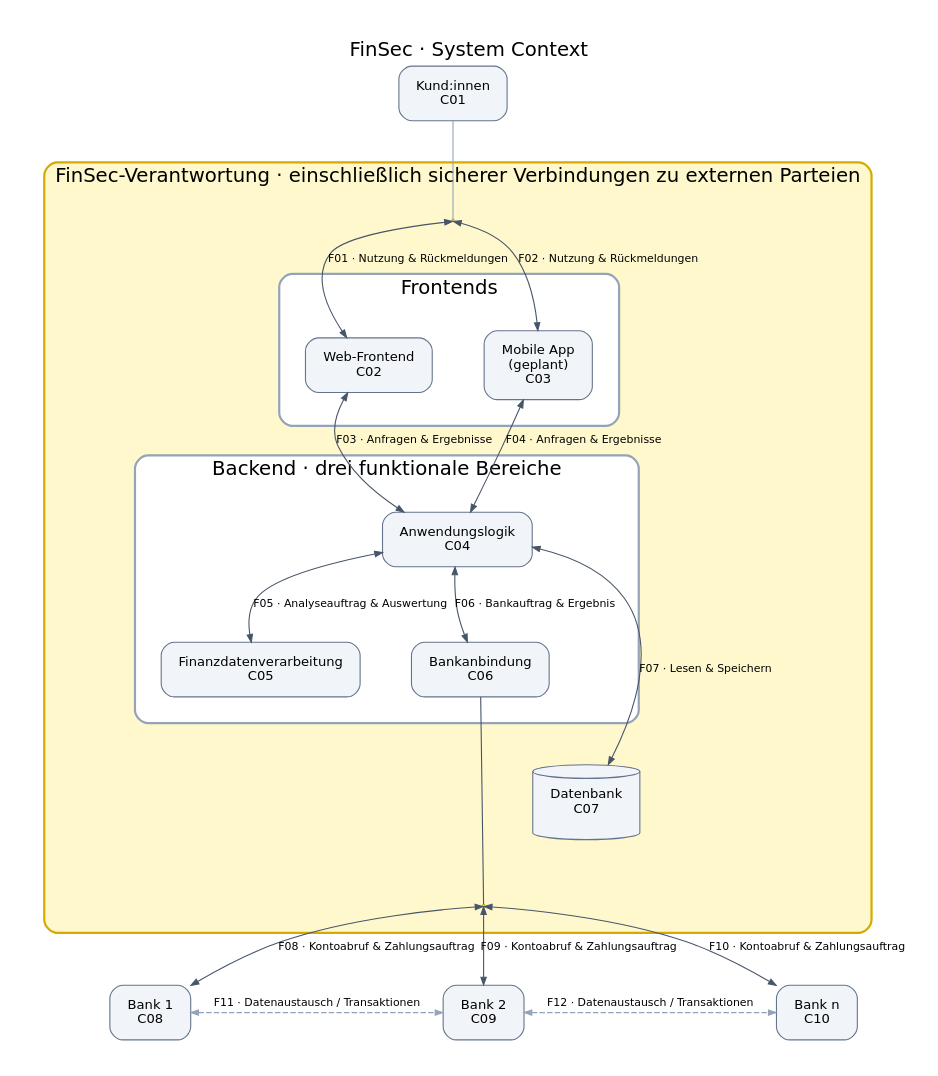
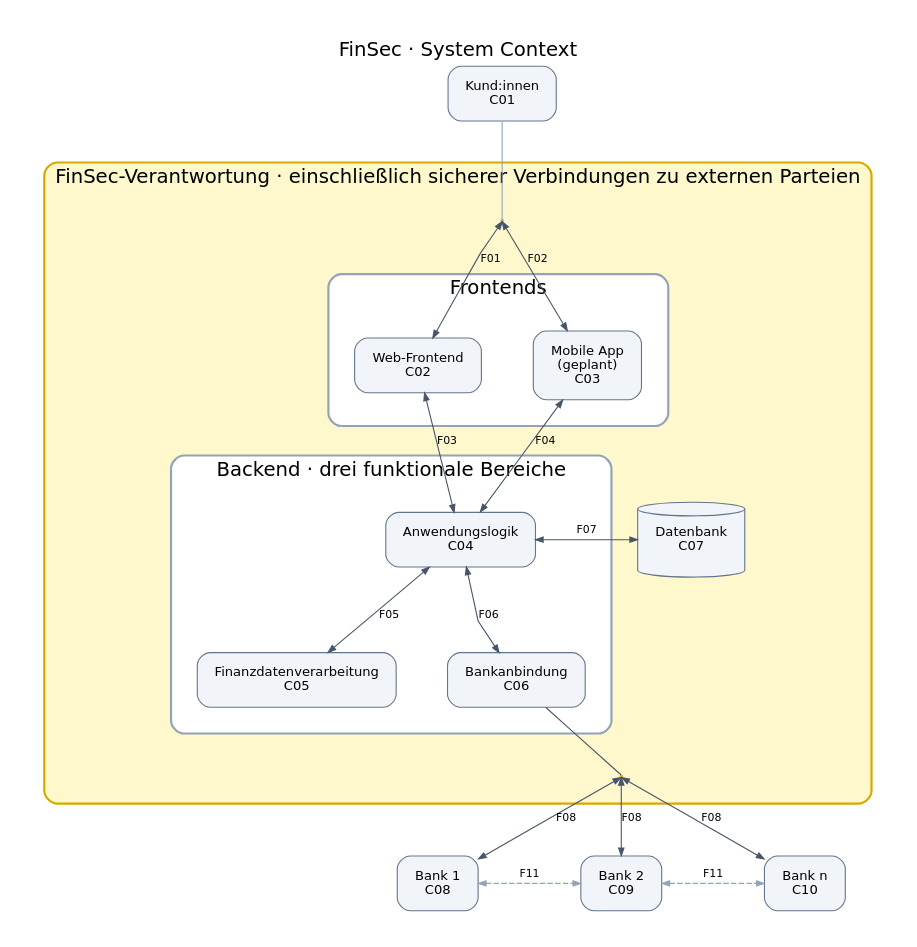
The diagram in finsec.dot (niklas9234/sichso_work), drawn with Graphviz before and after one commit. The commit also changed 5 other files, not shown here.

Commit message:
Simplify diagram flows and add linked Markdown component tables

```diff
--- a/finsec.dot
+++ b/finsec.dot
@@ -1,38 +1,38 @@
 digraph FinSec {
-graph [rankdir=TB, bgcolor="white", fontname="DejaVu Sans", fontsize=18, pad=0.35, nodesep=0.65, ranksep=0.8, compound=true, label="FinSec · System Context", labelloc=t];
+graph [rankdir=TB, newrank=true, splines=polyline, bgcolor="white", fontname="DejaVu Sans", fontsize=18, pad=0.35, nodesep=0.65, ranksep=0.8, compound=true, label="FinSec · System Context", labelloc=t];
 node [shape=box, style="rounded,filled", fillcolor="#f1f5f9", color="#64748b", fontname="DejaVu Sans", fontsize=12, margin="0.22,0.16", target="_top"];
 edge [dir=both, color="#475569", fontname="DejaVu Sans", fontsize=10, arrowsize=0.7, target="_top"];
-C01 [id="C01", label="Kund:innen\nC01", URL="System%20Context.html#description-C01", tooltip="Kund:innen – Beschreibung"];
-C02 [id="C02", label="Web-Frontend\nC02", URL="System%20Context.html#description-C02", tooltip="Web-Frontend – Beschreibung"];
-C03 [id="C03", label="Mobile App\n(geplant)\nC03", URL="System%20Context.html#description-C03", tooltip="Mobile App (geplant) – Beschreibung"];
-C04 [id="C04", label="Anwendungslogik\nC04", URL="System%20Context.html#description-C04", tooltip="Anwendungslogik – Beschreibung"];
-C05 [id="C05", label="Finanzdatenverarbeitung\nC05", URL="System%20Context.html#description-C05", tooltip="Finanzdatenverarbeitung – Beschreibung"];
-C06 [id="C06", label="Bankanbindung\nC06", URL="System%20Context.html#description-C06", tooltip="Bankanbindung – Beschreibung"];
-C07 [id="C07", label="Datenbank\nC07", URL="System%20Context.html#description-C07", tooltip="Datenbank – Beschreibung", shape=cylinder];
-C08 [id="C08", label="Bank 1\nC08", URL="System%20Context.html#description-C08", tooltip="Bank 1 – Beschreibung"];
-C09 [id="C09", label="Bank 2\nC09", URL="System%20Context.html#description-C09", tooltip="Bank 2 – Beschreibung"];
-C10 [id="C10", label="Bank n\nC10", URL="System%20Context.html#description-C10", tooltip="Bank n – Beschreibung"];
+C01 [id="C01", label="Kund:innen\nC01", URL="System%20Context.md#C01", tooltip="Kund:innen – Beschreibung"];
+C02 [id="C02", label="Web-Frontend\nC02", URL="System%20Context.md#C02", tooltip="Web-Frontend – Beschreibung"];
+C03 [id="C03", label="Mobile App\n(geplant)\nC03", URL="System%20Context.md#C03", tooltip="Mobile App (geplant) – Beschreibung"];
+C04 [id="C04", label="Anwendungslogik\nC04", URL="System%20Context.md#C04", tooltip="Anwendungslogik – Beschreibung"];
+C05 [id="C05", label="Finanzdatenverarbeitung\nC05", URL="System%20Context.md#C05", tooltip="Finanzdatenverarbeitung – Beschreibung"];
+C06 [id="C06", label="Bankanbindung\nC06", URL="System%20Context.md#C06", tooltip="Bankanbindung – Beschreibung"];
+C07 [id="C07", label="Datenbank\nC07", URL="System%20Context.md#C07", tooltip="Datenbank – Beschreibung", shape=cylinder];
+C08 [id="C08", label="Bank 1\nC08", URL="System%20Context.md#C08", tooltip="Bank 1 – Beschreibung"];
+C09 [id="C09", label="Bank 2\nC09", URL="System%20Context.md#C09", tooltip="Bank 2 – Beschreibung"];
+C10 [id="C10", label="Bank n\nC10", URL="System%20Context.md#C10", tooltip="Bank n – Beschreibung"];
 subgraph cluster_responsibility { label="FinSec-Verantwortung · einschließlich sicherer Verbindungen zu externen Parteien"; style="rounded,filled"; color="#d6a900"; fillcolor="#fff8cc"; penwidth=2; margin=24;
 client_link [shape=point, width=0.03, label="", color="#d6a900"];
 subgraph cluster_frontends { label="Frontends"; color="#94a3b8"; fillcolor="#ffffff"; C02; C03; {rank=same; C02; C03;} }
 subgraph cluster_backend { label="Backend · drei funktionale Bereiche"; color="#94a3b8"; fillcolor="#ffffff"; C04; C05; C06; {rank=same; C05; C06;} }
 C07;
 bank_link [shape=point, width=0.03, label="", color="#d6a900"];
-C06 -> C07 [style=invis]; C07 -> bank_link [style=invis];
+{rank=same; C04; C07;} C07 -> bank_link [style=invis];
 }
 {rank=same; C08; C09; C10;}
 C01 -> client_link [dir=none, color="#94a3b8"];
-client_link -> C02 [id="F01", label="F01 · Nutzung & Rückmeldungen", URL="System%20Context.html#description-F01", tooltip="F01: Nutzung & Rückmeldungen"];
-client_link -> C03 [id="F02", label="F02 · Nutzung & Rückmeldungen", URL="System%20Context.html#description-F02", tooltip="F02: Nutzung & Rückmeldungen"];
-C02 -> C04 [id="F03", label="F03 · Anfragen & Ergebnisse", URL="System%20Context.html#description-F03", tooltip="F03: Anfragen & Ergebnisse"];
-C03 -> C04 [id="F04", label="F04 · Anfragen & Ergebnisse", URL="System%20Context.html#description-F04", tooltip="F04: Anfragen & Ergebnisse"];
-C04 -> C05 [id="F05", label="F05 · Analyseauftrag & Auswertung", URL="System%20Context.html#description-F05", tooltip="F05: Analyseauftrag & Auswertung"];
-C04 -> C06 [id="F06", label="F06 · Bankauftrag & Ergebnis", URL="System%20Context.html#description-F06", tooltip="F06: Bankauftrag & Ergebnis"];
-C04 -> C07 [id="F07", label="F07 · Lesen & Speichern", URL="System%20Context.html#description-F07", tooltip="F07: Lesen & Speichern"];
+client_link -> C02 [id="F01", label="F01", URL="System%20Context.md#F01", tooltip="F01: Nutzung & Rückmeldungen"];
+client_link -> C03 [id="F02", label="F02", URL="System%20Context.md#F02", tooltip="F02: Nutzung & Rückmeldungen"];
+C02 -> C04 [id="F03", label="F03", URL="System%20Context.md#F03", tooltip="F03: Anfragen & Ergebnisse"];
+C03 -> C04 [id="F04", label="F04", URL="System%20Context.md#F04", tooltip="F04: Anfragen & Ergebnisse"];
+C04 -> C05 [id="F05", label="F05", URL="System%20Context.md#F05", tooltip="F05: Analyseauftrag & Auswertung"];
+C04 -> C06 [id="F06", label="F06", URL="System%20Context.md#F06", tooltip="F06: Bankauftrag & Ergebnis"];
+C04 -> C07 [id="F07", label="F07", URL="System%20Context.md#F07", tooltip="F07: Lesen & Speichern"];
 C06 -> bank_link [dir=none, color="#475569"];
-bank_link -> C08 [id="F08", label="F08 · Kontoabruf & Zahlungsauftrag", URL="System%20Context.html#description-F08", tooltip="F08: Kontoabruf & Zahlungsauftrag"];
-bank_link -> C09 [id="F09", label="F09 · Kontoabruf & Zahlungsauftrag", URL="System%20Context.html#description-F09", tooltip="F09: Kontoabruf & Zahlungsauftrag"];
-bank_link -> C10 [id="F10", label="F10 · Kontoabruf & Zahlungsauftrag", URL="System%20Context.html#description-F10", tooltip="F10: Kontoabruf & Zahlungsauftrag"];
-C08 -> C09 [id="F11", label="F11 · Datenaustausch / Transaktionen", URL="System%20Context.html#description-F11", tooltip="F11: Datenaustausch / Transaktionen", constraint=false, style=dashed, color="#94a3b8"];
-C09 -> C10 [id="F12", label="F12 · Datenaustausch / Transaktionen", URL="System%20Context.html#description-F12", tooltip="F12: Datenaustausch / Transaktionen", constraint=false, style=dashed, color="#94a3b8"];
+bank_link -> C08 [id="F08", label="F08", URL="System%20Context.md#F08", tooltip="F08: Kontoabruf & Zahlungsauftrag"];
+bank_link -> C09 [id="F08-C09", label="F08", URL="System%20Context.md#F08", tooltip="F08: Kontoabruf & Zahlungsauftrag"];
+bank_link -> C10 [id="F08-C10", label="F08", URL="System%20Context.md#F08", tooltip="F08: Kontoabruf & Zahlungsauftrag"];
+C08 -> C09 [id="F11", label="F11", URL="System%20Context.md#F11", tooltip="F11: Datenaustausch / Transaktionen", constraint=false, style=dashed, color="#94a3b8"];
+C09 -> C10 [id="F11-C10", label="F11", URL="System%20Context.md#F11", tooltip="F11: Datenaustausch / Transaktionen", constraint=false, style=dashed, color="#94a3b8"];
 }
```
